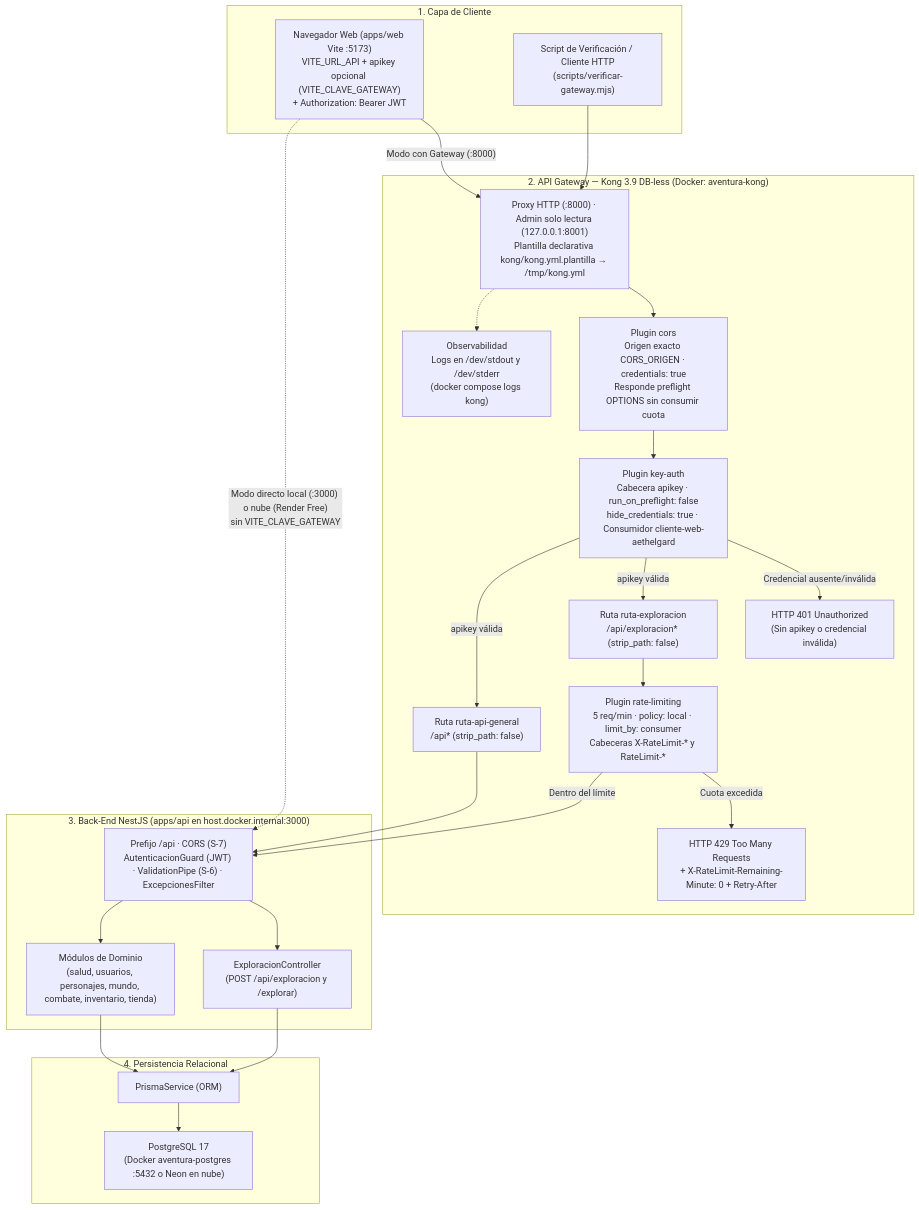
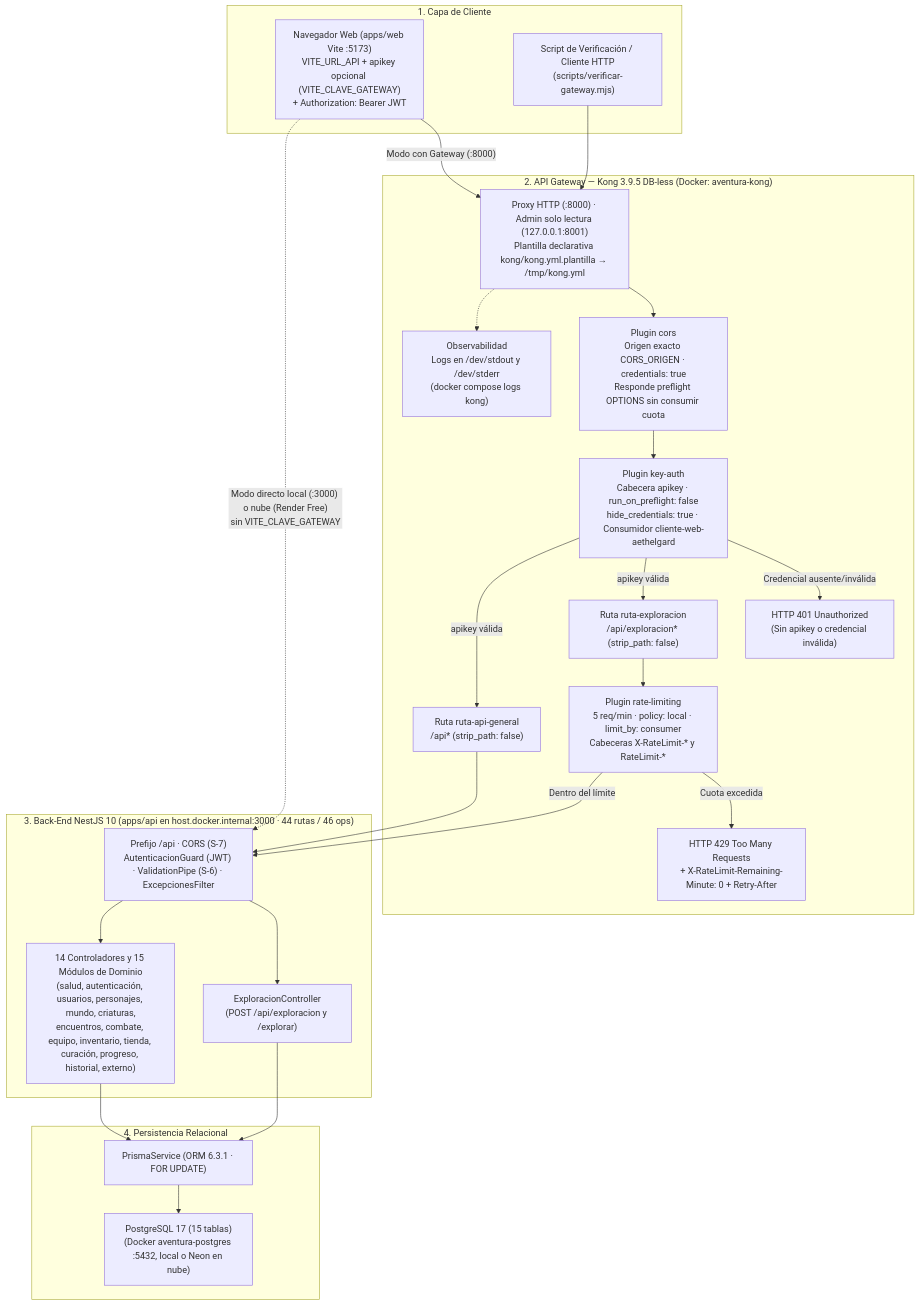
The diagram in docs/diagramas/arquitectura-con-gateway.mmd (EduardoVal3/aventura-web-criaturas), drawn with Mermaid before and after one commit. The commit also changed 9 other files, not shown here.

Commit message:
documentacion(diagramas): alinea arquitectura y modelos de datos a v1.0 con PNG

```diff
--- a/docs/diagramas/arquitectura-con-gateway.mmd
+++ b/docs/diagramas/arquitectura-con-gateway.mmd
@@ -1,51 +1,51 @@
 flowchart TD
     subgraph Cliente["1. Capa de Cliente"]
         Navegador["Navegador Web (apps/web Vite :5173)<br/>VITE_URL_API + apikey opcional (VITE_CLAVE_GATEWAY)<br/>+ Authorization: Bearer JWT"]
         Verificador["Script de Verificación / Cliente HTTP<br/>(scripts/verificar-gateway.mjs)"]
     end
 
-    subgraph Gateway["2. API Gateway — Kong 3.9 DB-less (Docker: aventura-kong)"]
+    subgraph Gateway["2. API Gateway — Kong 3.9.5 DB-less (Docker: aventura-kong)"]
         Proxy["Proxy HTTP (:8000) · Admin solo lectura (127.0.0.1:8001)<br/>Plantilla declarativa kong/kong.yml.plantilla → /tmp/kong.yml"]
         PluginCors["Plugin cors<br/>Origen exacto CORS_ORIGEN · credentials: true<br/>Responde preflight OPTIONS sin consumir cuota"]
         PluginKeyAuth["Plugin key-auth<br/>Cabecera apikey · run_on_preflight: false<br/>hide_credentials: true · Consumidor cliente-web-aethelgard"]
         Rechazo401["HTTP 401 Unauthorized<br/>(Sin apikey o credencial inválida)"]
         RutaExploracion["Ruta ruta-exploracion<br/>/api/exploracion* (strip_path: false)"]
         RutaGeneral["Ruta ruta-api-general<br/>/api* (strip_path: false)"]
         PluginRateLimit["Plugin rate-limiting<br/>5 req/min · policy: local · limit_by: consumer<br/>Cabeceras X-RateLimit-* y RateLimit-*"]
         Rechazo429["HTTP 429 Too Many Requests<br/>+ X-RateLimit-Remaining-Minute: 0 + Retry-After"]
         LogsKong["Observabilidad<br/>Logs en /dev/stdout y /dev/stderr<br/>(docker compose logs kong)"]
     end
 
-    subgraph Backend["3. Back-End NestJS (apps/api en host.docker.internal:3000)"]
+    subgraph Backend["3. Back-End NestJS 10 (apps/api en host.docker.internal:3000 · 44 rutas / 46 ops)"]
         PipelineNest["Prefijo /api · CORS (S-7)<br/>AutenticacionGuard (JWT) · ValidationPipe (S-6) · ExcepcionesFilter"]
         CtrlExploracion["ExploracionController<br/>(POST /api/exploracion y /explorar)"]
-        CtrlDominio["Módulos de Dominio<br/>(salud, usuarios, personajes, mundo, combate, inventario, tienda)"]
+        CtrlDominio["14 Controladores y 15 Módulos de Dominio<br/>(salud, autenticación, usuarios, personajes, mundo, criaturas,<br/>encuentros, combate, equipo, inventario, tienda, curación, progreso, historial, externo)"]
     end
 
     subgraph Persistencia["4. Persistencia Relacional"]
-        Prisma["PrismaService (ORM)"]
-        Postgres["PostgreSQL 17<br/>(Docker aventura-postgres :5432 o Neon en nube)"]
+        Prisma["PrismaService (ORM 6.3.1 · FOR UPDATE)"]
+        Postgres["PostgreSQL 17 (15 tablas)<br/>(Docker aventura-postgres :5432, local o Neon en nube)"]
     end
 
     Navegador -->|"Modo con Gateway (:8000)"| Proxy
     Verificador --> Proxy
     Navegador -.->|"Modo directo local (:3000) o nube (Render Free)<br/>sin VITE_CLAVE_GATEWAY"| PipelineNest
 
     Proxy --> PluginCors
     PluginCors --> PluginKeyAuth
     PluginKeyAuth -->|"Credencial ausente/inválida"| Rechazo401
     PluginKeyAuth -->|"apikey válida"| RutaExploracion
     PluginKeyAuth -->|"apikey válida"| RutaGeneral
 
     RutaExploracion --> PluginRateLimit
     PluginRateLimit -->|"Cuota excedida"| Rechazo429
     PluginRateLimit -->|"Dentro del límite"| PipelineNest
     RutaGeneral --> PipelineNest
 
     Proxy -.-> LogsKong
 
     PipelineNest --> CtrlExploracion
     PipelineNest --> CtrlDominio
     CtrlExploracion --> Prisma
     CtrlDominio --> Prisma
     Prisma --> Postgres
```
